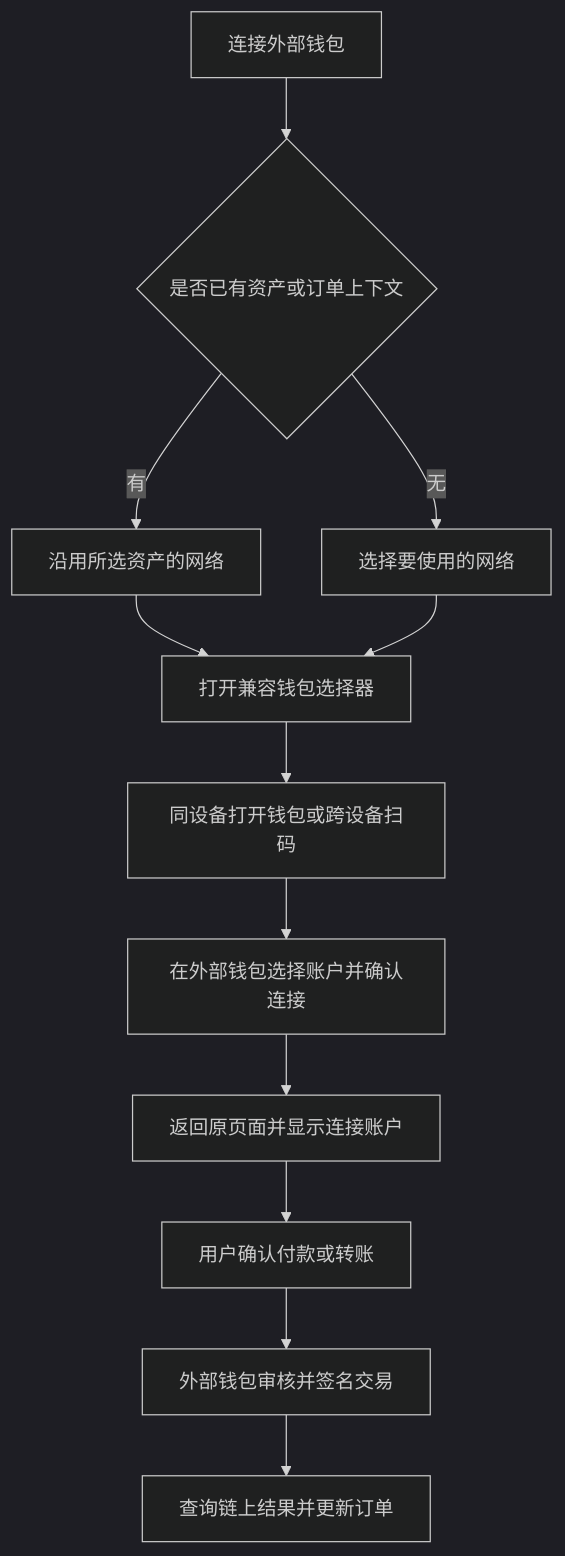
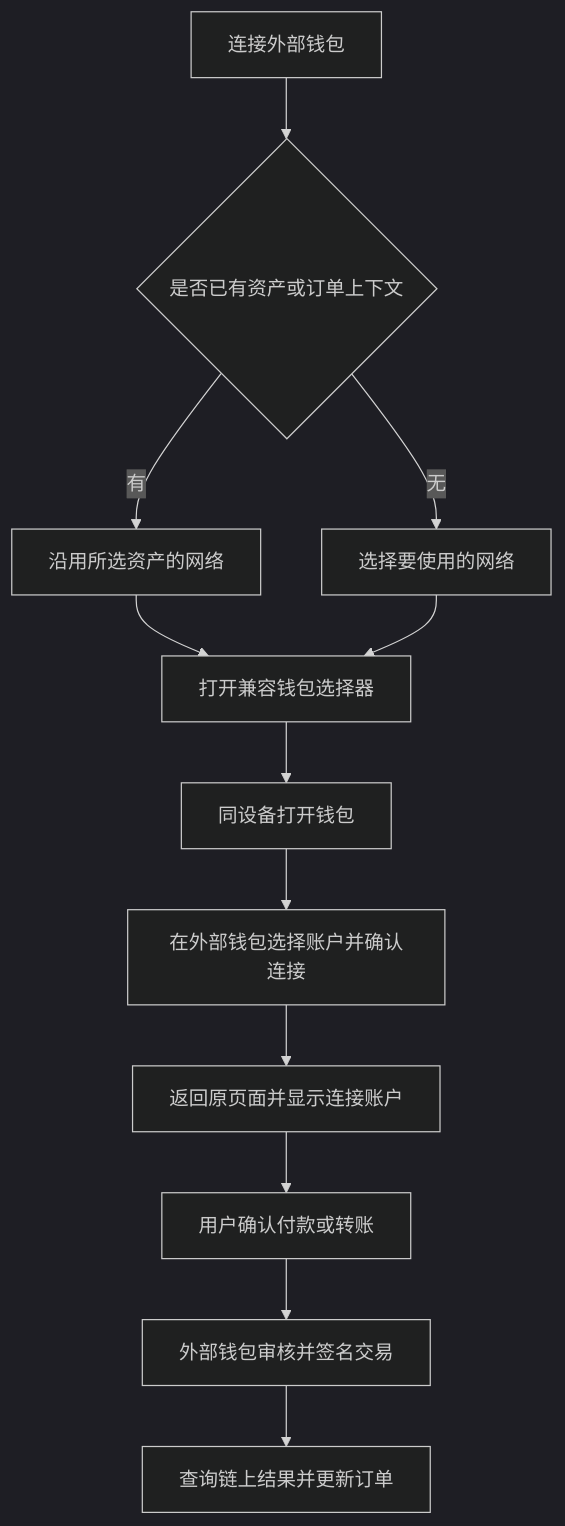
The diagram in docs/design/外部钱包接入方案.md (0xabcd-k/DexWallet), drawn with Mermaid (dark theme) before and after one commit. The commit also changed other lines of this file and 2 other files, not shown here.

````diff
--- a/docs/design/外部钱包接入方案.md
+++ b/docs/design/外部钱包接入方案.md
@@ -39,14 +40,14 @@
 ```mermaid
 flowchart TD
     A[连接外部钱包] --> B{是否已有资产或订单上下文}
     B -->|有| C[沿用所选资产的网络]
     B -->|无| D[选择要使用的网络]
     C --> E[打开兼容钱包选择器]
     D --> E
-    E --> F[同设备打开钱包或跨设备扫码]
+    E --> F[同设备打开钱包]
     F --> G[在外部钱包选择账户并确认连接]
     G --> H[返回原页面并显示连接账户]
     H --> I[用户确认付款或转账]
     I --> J[外部钱包审核并签名交易]
     J --> K[查询链上结果并更新订单]
 ```
````
